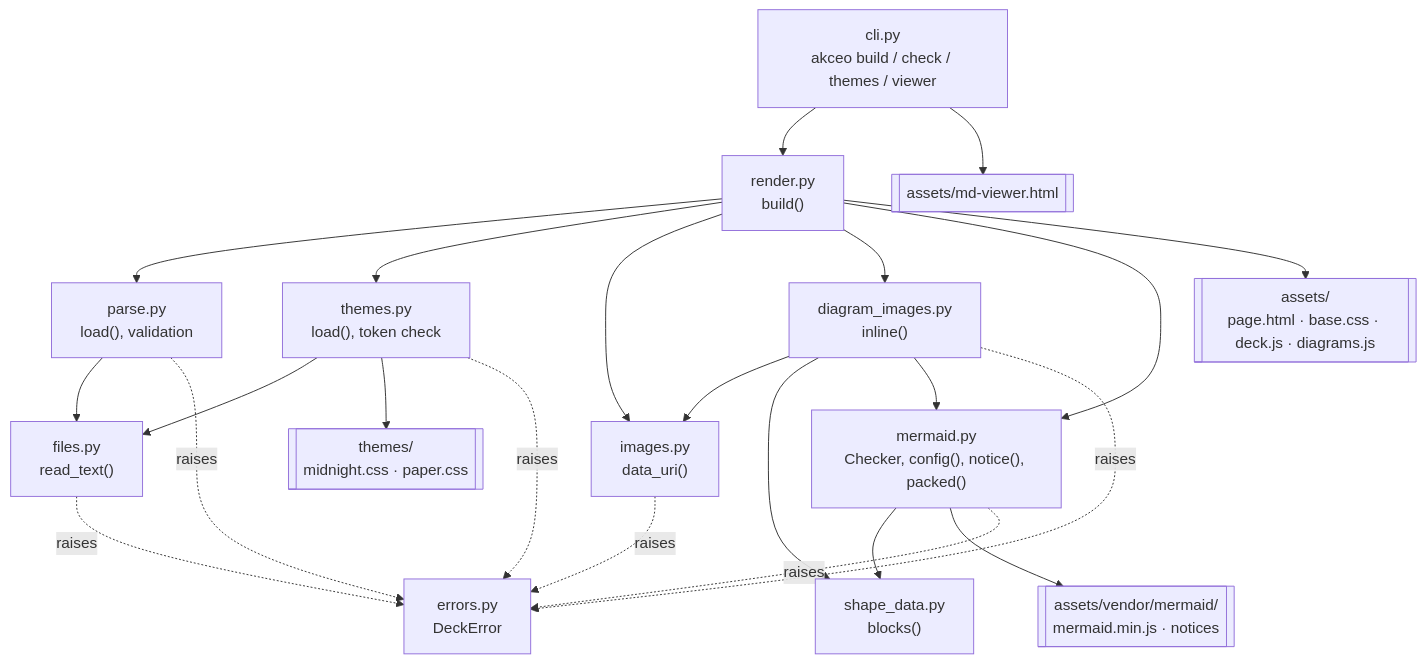
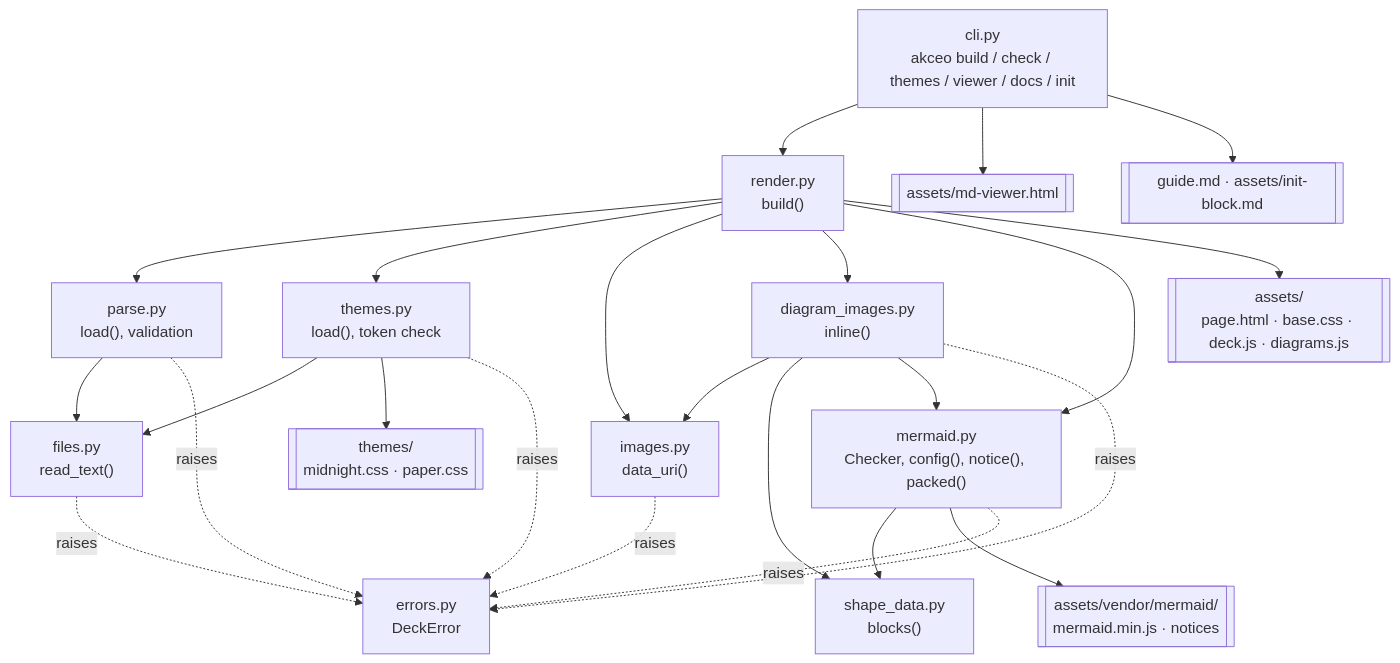
One commit to LunarCommand/akceo changed the fifth of 11 diagrams in docs/how-it-works.md. Above: the diagram before and after it, drawn with Mermaid. The commit also changed other lines of this file and 15 other files, not shown here.

First line of the commit message:
Ship a guide for agents with docs and init (#27)

````diff
--- a/docs/how-it-works.md
+++ b/docs/how-it-works.md
@@ -197,25 +197,26 @@
 ```mermaid
 flowchart TD
-    cli["cli.py<br/>akceo build / check / themes / viewer"] --> render["render.py<br/>build()"]
+    cli["cli.py<br/>akceo build / check / themes / viewer / docs / init"] --> render["render.py<br/>build()"]
     render --> parse["parse.py<br/>load(), validation"]
     parse --> files["files.py<br/>read_text()"]
     render --> themes["themes.py<br/>load(), token check"]
     themes --> files
     render --> images["images.py<br/>data_uri()"]
     render --> dimages["diagram_images.py<br/>inline()"]
     dimages --> images
     dimages --> shape["shape_data.py<br/>blocks()"]
     render --> mermaid["mermaid.py<br/>Checker, config(), notice(), packed()"]
     dimages --> mermaid
     mermaid --> shape
     mermaid --> vendor[["assets/vendor/mermaid/<br/>mermaid.min.js · notices"]]
     render --> assets[["assets/<br/>page.html · base.css · deck.js · diagrams.js"]]
     themes --> builtin[["themes/<br/>midnight.css · paper.css"]]
     cli --> viewer[["assets/md-viewer.html"]]
+    cli --> guide[["guide.md · assets/init-block.md"]]
     parse -.->|raises| err["errors.py<br/>DeckError"]
     themes -.->|raises| err
     images -.->|raises| err
     dimages -.->|raises| err
     mermaid -.->|raises| err
     files -.->|raises| err
 ```
````
